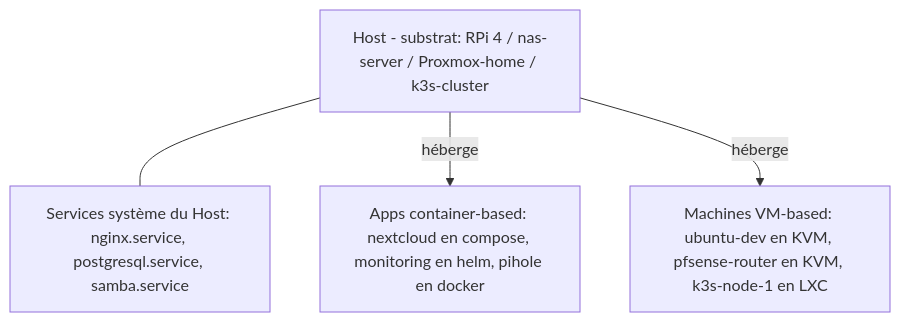
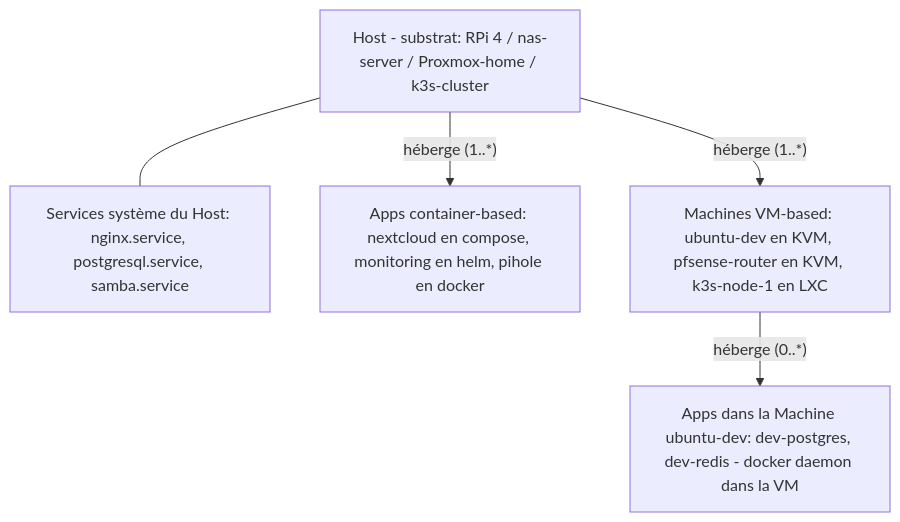
One commit to stefapi/windflow changed the diagram in docs/general_specs/02-familles-workloads.md. Above: the diagram before and after it, drawn with Mermaid. The commit also changed other lines of this file and 6 other files, not shown here.

````diff
--- a/docs/general_specs/02-familles-workloads.md
+++ b/docs/general_specs/02-familles-workloads.md
@@ -70,11 +70,13 @@
 ```mermaid
 flowchart TB
     Host["Host - substrat: RPi 4 / nas-server / Proxmox-home / k3s-cluster"]
     Sys["Services système du Host: nginx.service, postgresql.service, samba.service"]
     Apps["Apps container-based: nextcloud en compose, monitoring en helm, pihole en docker"]
     Machines["Machines VM-based: ubuntu-dev en KVM, pfsense-router en KVM, k3s-node-1 en LXC"]
+    AppsInVM["Apps dans la Machine ubuntu-dev: dev-postgres, dev-redis - docker daemon dans la VM"]
 
     Host --- Sys
-    Host -- héberge --> Apps
-    Host -- héberge --> Machines
+    Host -- "héberge (1..*)" --> Apps
+    Host -- "héberge (1..*)" --> Machines
+    Machines -- "héberge (0..*)" --> AppsInVM
 ```
````
